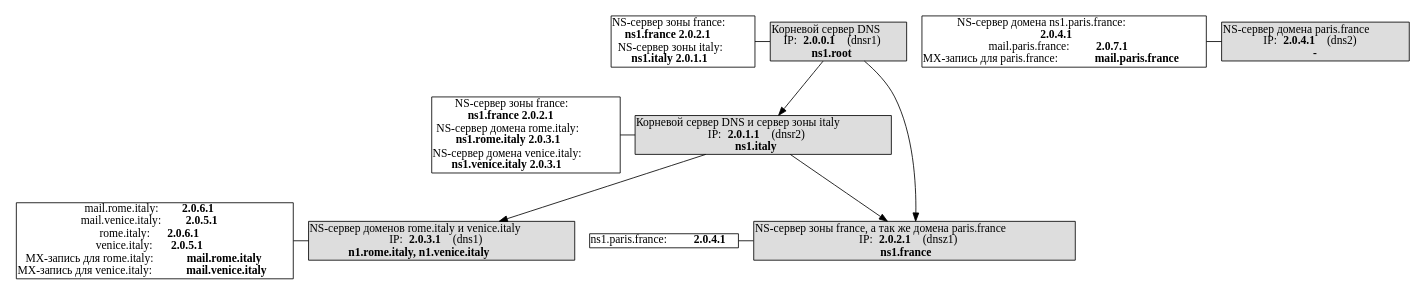
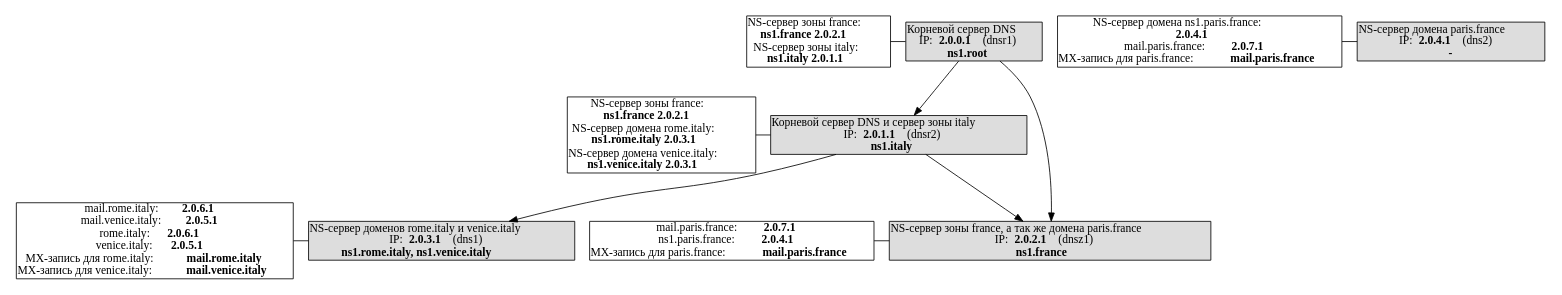
One commit to afrolovskiy/np changed the diagram in lab5/report/graphs/dns.gv. Above: the diagram before and after it, drawn with Graphviz. The commit also changed 8 other files, not shown here.

```diff
--- a/lab5/report/graphs/dns.gv
+++ b/lab5/report/graphs/dns.gv
@@ -1,94 +1,96 @@
 digraph G {
         margin=0;
         node [margin=0];
         
 subgraph cluster_0 {
 color=none;
 rank=same;
 _2_0_3_1 [shape="none", label=<
 <TABLE BGCOLOR="#DDDDDD" CELLPADDING="0" CELLSPACING="0" CELLBORDER="0">
 <TR><TD>NS-сервер доменов rome.italy и venice.italy</TD></TR>
 <TR><TD>IP: <B>2.0.3.1</B> (dns1)</TD></TR>
-<TR><TD><B>n1.rome.italy, n1.venice.italy</B></TD></TR>
+<TR><TD><B>ns1.rome.italy, ns1.venice.italy</B></TD></TR>
 </TABLE>>];
 _2_0_3_1_records [shape="none", label=<
 <TABLE BGCOLOR="#FFFFFF" CELLPADDING="0" CELLSPACING="0" CELLBORDER="0">
 <TR><TD>mail.rome.italy: <B>2.0.6.1</B></TD></TR>
 <TR><TD>mail.venice.italy: <B>2.0.5.1</B></TD></TR>
 <TR><TD>rome.italy: <B>2.0.6.1</B></TD></TR>
 <TR><TD>venice.italy: <B>2.0.5.1</B></TD></TR>
 <TR><TD>MX-запись для rome.italy: <B>mail.rome.italy</B></TD></TR>
 <TR><TD>MX-запись для venice.italy: <B>mail.venice.italy</B></TD></TR>
 </TABLE>>];
 _2_0_3_1 -> _2_0_3_1_records [constraint=False, dir=none];
 }
 subgraph cluster_1 {
 color=none;
 rank=same;
 _2_0_1_1 [shape="none", label=<
 <TABLE BGCOLOR="#DDDDDD" CELLPADDING="0" CELLSPACING="0" CELLBORDER="0">
 <TR><TD>Корневой сервер DNS и сервер зоны italy</TD></TR>
 <TR><TD>IP: <B>2.0.1.1</B> (dnsr2)</TD></TR>
 <TR><TD><B>ns1.italy</B></TD></TR>
 </TABLE>>];
 _2_0_1_1_records [shape="none", label=<
 <TABLE BGCOLOR="#FFFFFF" CELLPADDING="0" CELLSPACING="0" CELLBORDER="0">
 <TR><TD>NS-сервер зоны france:</TD></TR><TR><TD><B>ns1.france 2.0.2.1</B></TD></TR>
 <TR><TD>NS-сервер домена rome.italy:</TD></TR><TR><TD><B>ns1.rome.italy 2.0.3.1</B></TD></TR>
 <TR><TD>NS-сервер домена venice.italy:</TD></TR><TR><TD><B>ns1.venice.italy 2.0.3.1</B></TD></TR>
 </TABLE>>];
 _2_0_1_1 -> _2_0_1_1_records [constraint=False, dir=none];
 }
 subgraph cluster_2 {
 color=none;
 rank=same;
 _2_0_0_1 [shape="none", label=<
 <TABLE BGCOLOR="#DDDDDD" CELLPADDING="0" CELLSPACING="0" CELLBORDER="0">
 <TR><TD>Корневой сервер DNS</TD></TR>
 <TR><TD>IP: <B>2.0.0.1</B> (dnsr1)</TD></TR>
 <TR><TD><B>ns1.root</B></TD></TR>
 </TABLE>>];
 _2_0_0_1_records [shape="none", label=<
 <TABLE BGCOLOR="#FFFFFF" CELLPADDING="0" CELLSPACING="0" CELLBORDER="0">
 <TR><TD>NS-сервер зоны france:</TD></TR><TR><TD><B>ns1.france 2.0.2.1</B></TD></TR>
 <TR><TD>NS-сервер зоны italy:</TD></TR><TR><TD><B>ns1.italy 2.0.1.1</B></TD></TR>
 </TABLE>>];
 _2_0_0_1 -> _2_0_0_1_records [constraint=False, dir=none];
 }
 subgraph cluster_3 {
 color=none;
 rank=same;
 _2_0_4_1 [shape="none", label=<
 <TABLE BGCOLOR="#DDDDDD" CELLPADDING="0" CELLSPACING="0" CELLBORDER="0">
 <TR><TD>NS-сервер домена paris.france</TD></TR>
 <TR><TD>IP: <B>2.0.4.1</B> (dns2)</TD></TR>
 <TR><TD><B>-</B></TD></TR>
 </TABLE>>];
 _2_0_4_1_records [shape="none", label=<
 <TABLE BGCOLOR="#FFFFFF" CELLPADDING="0" CELLSPACING="0" CELLBORDER="0">
 <TR><TD>NS-сервер домена ns1.paris.france:</TD></TR><TR><TD><B>2.0.4.1 </B></TD></TR>
 <TR><TD>mail.paris.france: <B>2.0.7.1</B></TD></TR>
 <TR><TD>MX-запись для paris.france: <B>mail.paris.france</B></TD></TR>
 </TABLE>>];
 _2_0_4_1 -> _2_0_4_1_records [constraint=False, dir=none];
 }
 subgraph cluster_4 {
 color=none;
 rank=same;
 _2_0_2_1 [shape="none", label=<
 <TABLE BGCOLOR="#DDDDDD" CELLPADDING="0" CELLSPACING="0" CELLBORDER="0">
 <TR><TD>NS-сервер зоны france, а так же домена paris.france</TD></TR>
 <TR><TD>IP: <B>2.0.2.1</B> (dnsz1)</TD></TR>
 <TR><TD><B>ns1.france</B></TD></TR>
 </TABLE>>];
 _2_0_2_1_records [shape="none", label=<
 <TABLE BGCOLOR="#FFFFFF" CELLPADDING="0" CELLSPACING="0" CELLBORDER="0">
+<TR><TD>mail.paris.france: <B>2.0.7.1</B></TD></TR>
 <TR><TD>ns1.paris.france: <B>2.0.4.1</B></TD></TR>
+<TR><TD>MX-запись для paris.france: <B>mail.paris.france</B></TD></TR>
 </TABLE>>];
 _2_0_2_1 -> _2_0_2_1_records [constraint=False, dir=none];
 }
 _2_0_0_1 -> _2_0_1_1;
 _2_0_0_1 -> _2_0_2_1;
 _2_0_1_1 -> _2_0_3_1;
 _2_0_1_1 -> _2_0_2_1;
 }
```
